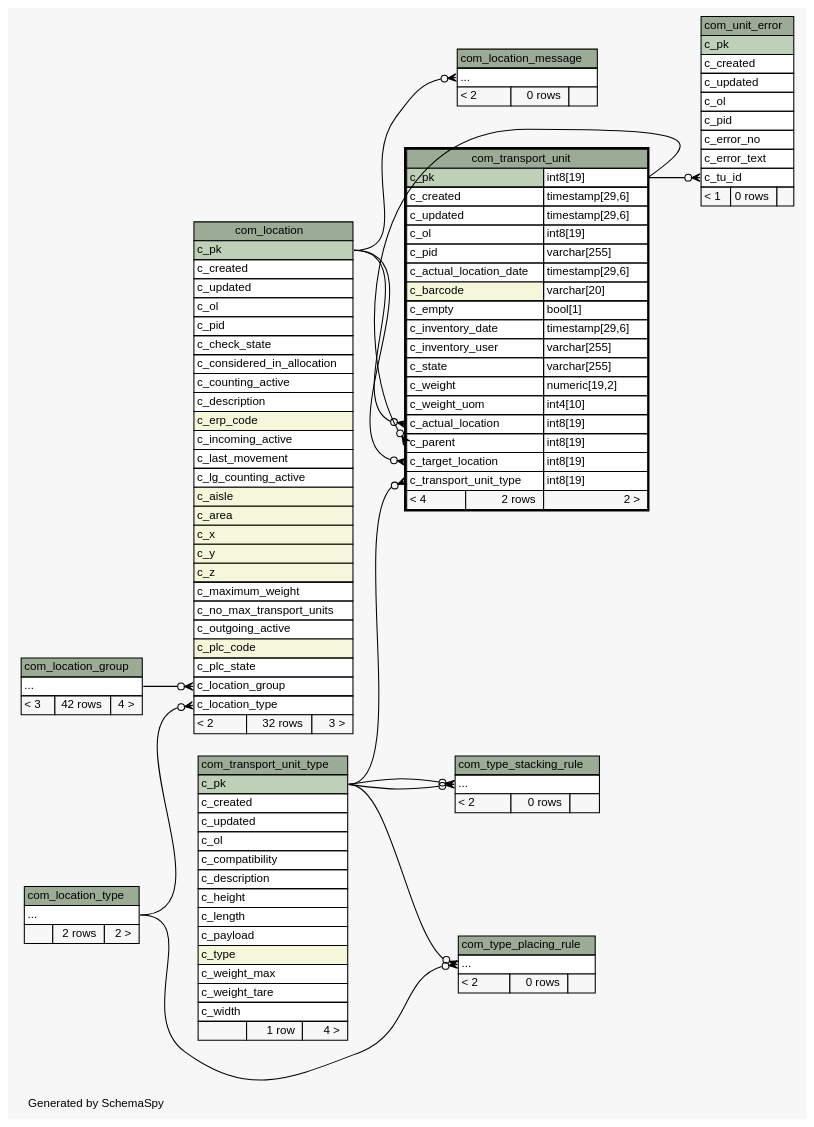
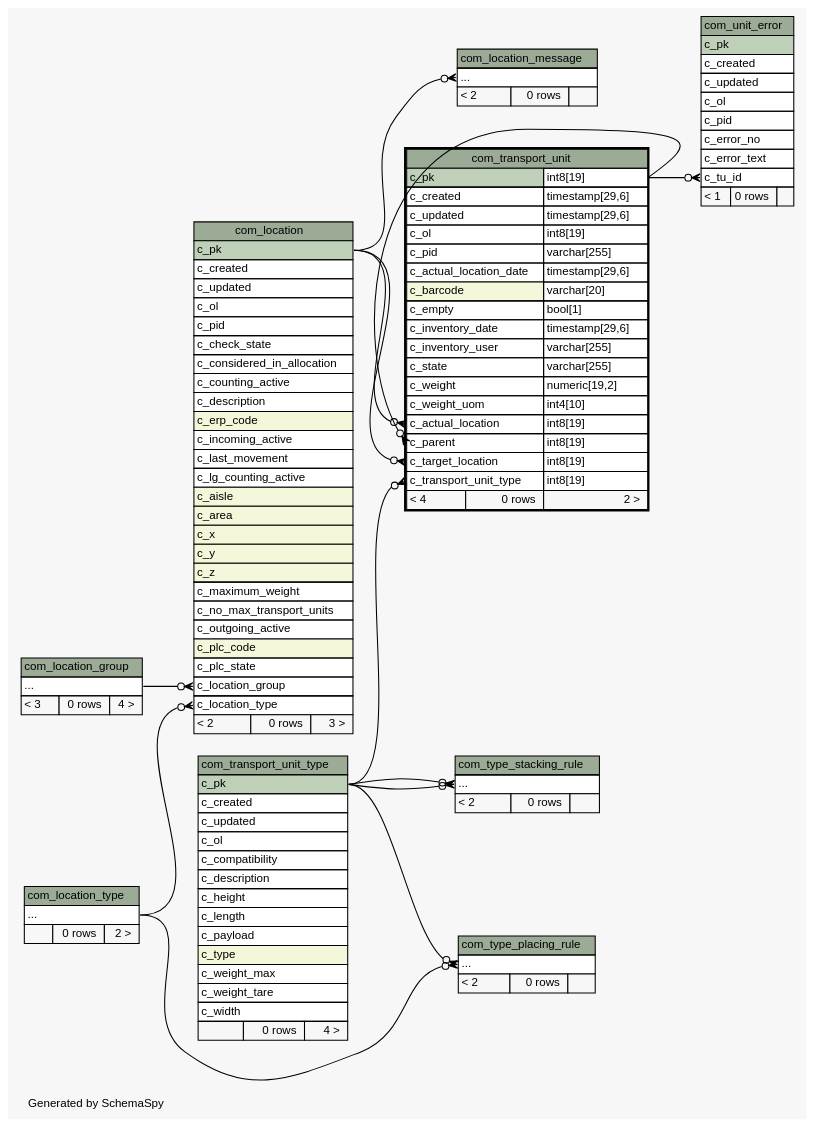
One commit to openwms/org.openwms.common.service.lib changed the diagram in schemaspy/diagrams/com_transport_unit.2degrees.dot. Above: the diagram before and after it, drawn with Graphviz. The commit also changed 537 other files, not shown here.

```diff
--- a/schemaspy/diagrams/com_transport_unit.2degrees.dot
+++ b/schemaspy/diagrams/com_transport_unit.2degrees.dot
@@ -1,183 +1,183 @@
-// dot 2.36.0 on Linux 4.4.0-101-generic
+// dot 2.38.0 on Linux 4.15.0-1037-gcp
 // SchemaSpy rev Unknown
 digraph "twoDegreesRelationshipsDiagram" {
   graph [
     rankdir="RL"
     bgcolor="#f7f7f7"
     label="\nGenerated by SchemaSpy"
     labeljust="l"
     nodesep="0.18"
     ranksep="0.46"
     fontname="Helvetica"
     fontsize="11"
   ];
   node [
     fontname="Helvetica"
     fontsize="11"
     shape="plaintext"
   ];
   edge [
     arrowsize="0.8"
   ];
   "com_location":"c_location_group":w -> "com_location_group":"elipses":e [arrowhead=none dir=back arrowtail=crowodot];
   "com_location":"c_location_type":w -> "com_location_type":"elipses":e [arrowhead=none dir=back arrowtail=crowodot];
   "com_location_message":"elipses":w -> "com_location":"c_pk":e [arrowhead=none dir=back arrowtail=crowodot];
   "com_transport_unit":"c_actual_location":w -> "com_location":"c_pk":e [arrowhead=none dir=back arrowtail=crowodot];
   "com_transport_unit":"c_parent":w -> "com_transport_unit":"c_pk.type":e [arrowhead=none dir=back arrowtail=crowodot];
   "com_transport_unit":"c_target_location":w -> "com_location":"c_pk":e [arrowhead=none dir=back arrowtail=crowodot];
   "com_transport_unit":"c_transport_unit_type":w -> "com_transport_unit_type":"c_pk":e [arrowhead=none dir=back arrowtail=crowodot];
   "com_type_placing_rule":"elipses":w -> "com_location_type":"elipses":e [arrowhead=none dir=back arrowtail=crowodot];
   "com_type_placing_rule":"elipses":w -> "com_transport_unit_type":"c_pk":e [arrowhead=none dir=back arrowtail=crowodot];
   "com_type_stacking_rule":"elipses":w -> "com_transport_unit_type":"c_pk":e [arrowhead=none dir=back arrowtail=crowodot];
   "com_type_stacking_rule":"elipses":w -> "com_transport_unit_type":"c_pk":e [arrowhead=none dir=back arrowtail=crowodot];
   "com_unit_error":"c_tu_id":w -> "com_transport_unit":"c_pk.type":e [arrowhead=none dir=back arrowtail=crowodot];
   "com_location" [
     label=<
     <TABLE BORDER="0" CELLBORDER="1" CELLSPACING="0" BGCOLOR="#ffffff">
       <TR><TD COLSPAN="3" BGCOLOR="#9bab96" ALIGN="CENTER">com_location</TD></TR>
       <TR><TD PORT="c_pk" COLSPAN="3" BGCOLOR="#bed1b8" ALIGN="LEFT">c_pk</TD></TR>
       <TR><TD PORT="c_created" COLSPAN="3" ALIGN="LEFT">c_created</TD></TR>
       <TR><TD PORT="c_updated" COLSPAN="3" ALIGN="LEFT">c_updated</TD></TR>
       <TR><TD PORT="c_ol" COLSPAN="3" ALIGN="LEFT">c_ol</TD></TR>
       <TR><TD PORT="c_pid" COLSPAN="3" ALIGN="LEFT">c_pid</TD></TR>
       <TR><TD PORT="c_check_state" COLSPAN="3" ALIGN="LEFT">c_check_state</TD></TR>
       <TR><TD PORT="c_considered_in_allocation" COLSPAN="3" ALIGN="LEFT">c_considered_in_allocation</TD></TR>
       <TR><TD PORT="c_counting_active" COLSPAN="3" ALIGN="LEFT">c_counting_active</TD></TR>
       <TR><TD PORT="c_description" COLSPAN="3" ALIGN="LEFT">c_description</TD></TR>
       <TR><TD PORT="c_erp_code" COLSPAN="3" BGCOLOR="#f4f7da" ALIGN="LEFT">c_erp_code</TD></TR>
       <TR><TD PORT="c_incoming_active" COLSPAN="3" ALIGN="LEFT">c_incoming_active</TD></TR>
       <TR><TD PORT="c_last_movement" COLSPAN="3" ALIGN="LEFT">c_last_movement</TD></TR>
       <TR><TD PORT="c_lg_counting_active" COLSPAN="3" ALIGN="LEFT">c_lg_counting_active</TD></TR>
       <TR><TD PORT="c_aisle" COLSPAN="3" BGCOLOR="#f4f7da" ALIGN="LEFT">c_aisle</TD></TR>
       <TR><TD PORT="c_area" COLSPAN="3" BGCOLOR="#f4f7da" ALIGN="LEFT">c_area</TD></TR>
       <TR><TD PORT="c_x" COLSPAN="3" BGCOLOR="#f4f7da" ALIGN="LEFT">c_x</TD></TR>
       <TR><TD PORT="c_y" COLSPAN="3" BGCOLOR="#f4f7da" ALIGN="LEFT">c_y</TD></TR>
       <TR><TD PORT="c_z" COLSPAN="3" BGCOLOR="#f4f7da" ALIGN="LEFT">c_z</TD></TR>
       <TR><TD PORT="c_maximum_weight" COLSPAN="3" ALIGN="LEFT">c_maximum_weight</TD></TR>
       <TR><TD PORT="c_no_max_transport_units" COLSPAN="3" ALIGN="LEFT">c_no_max_transport_units</TD></TR>
       <TR><TD PORT="c_outgoing_active" COLSPAN="3" ALIGN="LEFT">c_outgoing_active</TD></TR>
       <TR><TD PORT="c_plc_code" COLSPAN="3" BGCOLOR="#f4f7da" ALIGN="LEFT">c_plc_code</TD></TR>
       <TR><TD PORT="c_plc_state" COLSPAN="3" ALIGN="LEFT">c_plc_state</TD></TR>
       <TR><TD PORT="c_location_group" COLSPAN="3" ALIGN="LEFT">c_location_group</TD></TR>
       <TR><TD PORT="c_location_type" COLSPAN="3" ALIGN="LEFT">c_location_type</TD></TR>
-      <TR><TD ALIGN="LEFT" BGCOLOR="#f7f7f7">&lt; 2</TD><TD ALIGN="RIGHT" BGCOLOR="#f7f7f7">32 rows</TD><TD ALIGN="RIGHT" BGCOLOR="#f7f7f7">3 &gt;</TD></TR>
+      <TR><TD ALIGN="LEFT" BGCOLOR="#f7f7f7">&lt; 2</TD><TD ALIGN="RIGHT" BGCOLOR="#f7f7f7">0 rows</TD><TD ALIGN="RIGHT" BGCOLOR="#f7f7f7">3 &gt;</TD></TR>
     </TABLE>>
     URL="com_location.html"
     tooltip="com_location"
   ];
   "com_location_group" [
     label=<
     <TABLE BORDER="0" CELLBORDER="1" CELLSPACING="0" BGCOLOR="#ffffff">
       <TR><TD COLSPAN="3" BGCOLOR="#9bab96" ALIGN="CENTER">com_location_group</TD></TR>
       <TR><TD PORT="elipses" COLSPAN="3" ALIGN="LEFT">...</TD></TR>
-      <TR><TD ALIGN="LEFT" BGCOLOR="#f7f7f7">&lt; 3</TD><TD ALIGN="RIGHT" BGCOLOR="#f7f7f7">42 rows</TD><TD ALIGN="RIGHT" BGCOLOR="#f7f7f7">4 &gt;</TD></TR>
+      <TR><TD ALIGN="LEFT" BGCOLOR="#f7f7f7">&lt; 3</TD><TD ALIGN="RIGHT" BGCOLOR="#f7f7f7">0 rows</TD><TD ALIGN="RIGHT" BGCOLOR="#f7f7f7">4 &gt;</TD></TR>
     </TABLE>>
     URL="com_location_group.html"
     tooltip="com_location_group"
   ];
   "com_location_message" [
     label=<
     <TABLE BORDER="0" CELLBORDER="1" CELLSPACING="0" BGCOLOR="#ffffff">
       <TR><TD COLSPAN="3" BGCOLOR="#9bab96" ALIGN="CENTER">com_location_message</TD></TR>
       <TR><TD PORT="elipses" COLSPAN="3" ALIGN="LEFT">...</TD></TR>
       <TR><TD ALIGN="LEFT" BGCOLOR="#f7f7f7">&lt; 2</TD><TD ALIGN="RIGHT" BGCOLOR="#f7f7f7">0 rows</TD><TD ALIGN="RIGHT" BGCOLOR="#f7f7f7">  </TD></TR>
     </TABLE>>
     URL="com_location_message.html"
     tooltip="com_location_message"
   ];
   "com_location_type" [
     label=<
     <TABLE BORDER="0" CELLBORDER="1" CELLSPACING="0" BGCOLOR="#ffffff">
       <TR><TD COLSPAN="3" BGCOLOR="#9bab96" ALIGN="CENTER">com_location_type</TD></TR>
       <TR><TD PORT="elipses" COLSPAN="3" ALIGN="LEFT">...</TD></TR>
-      <TR><TD ALIGN="LEFT" BGCOLOR="#f7f7f7">  </TD><TD ALIGN="RIGHT" BGCOLOR="#f7f7f7">2 rows</TD><TD ALIGN="RIGHT" BGCOLOR="#f7f7f7">2 &gt;</TD></TR>
+      <TR><TD ALIGN="LEFT" BGCOLOR="#f7f7f7">  </TD><TD ALIGN="RIGHT" BGCOLOR="#f7f7f7">0 rows</TD><TD ALIGN="RIGHT" BGCOLOR="#f7f7f7">2 &gt;</TD></TR>
     </TABLE>>
     URL="com_location_type.html"
     tooltip="com_location_type"
   ];
   "com_transport_unit" [
     label=<
     <TABLE BORDER="2" CELLBORDER="1" CELLSPACING="0" BGCOLOR="#ffffff">
       <TR><TD COLSPAN="3" BGCOLOR="#9bab96" ALIGN="CENTER">com_transport_unit</TD></TR>
       <TR><TD PORT="c_pk" COLSPAN="2" BGCOLOR="#bed1b8" ALIGN="LEFT">c_pk</TD><TD PORT="c_pk.type" ALIGN="LEFT">int8[19]</TD></TR>
       <TR><TD PORT="c_created" COLSPAN="2" ALIGN="LEFT">c_created</TD><TD PORT="c_created.type" ALIGN="LEFT">timestamp[29,6]</TD></TR>
       <TR><TD PORT="c_updated" COLSPAN="2" ALIGN="LEFT">c_updated</TD><TD PORT="c_updated.type" ALIGN="LEFT">timestamp[29,6]</TD></TR>
       <TR><TD PORT="c_ol" COLSPAN="2" ALIGN="LEFT">c_ol</TD><TD PORT="c_ol.type" ALIGN="LEFT">int8[19]</TD></TR>
       <TR><TD PORT="c_pid" COLSPAN="2" ALIGN="LEFT">c_pid</TD><TD PORT="c_pid.type" ALIGN="LEFT">varchar[255]</TD></TR>
       <TR><TD PORT="c_actual_location_date" COLSPAN="2" ALIGN="LEFT">c_actual_location_date</TD><TD PORT="c_actual_location_date.type" ALIGN="LEFT">timestamp[29,6]</TD></TR>
       <TR><TD PORT="c_barcode" COLSPAN="2" BGCOLOR="#f4f7da" ALIGN="LEFT">c_barcode</TD><TD PORT="c_barcode.type" ALIGN="LEFT">varchar[20]</TD></TR>
       <TR><TD PORT="c_empty" COLSPAN="2" ALIGN="LEFT">c_empty</TD><TD PORT="c_empty.type" ALIGN="LEFT">bool[1]</TD></TR>
       <TR><TD PORT="c_inventory_date" COLSPAN="2" ALIGN="LEFT">c_inventory_date</TD><TD PORT="c_inventory_date.type" ALIGN="LEFT">timestamp[29,6]</TD></TR>
       <TR><TD PORT="c_inventory_user" COLSPAN="2" ALIGN="LEFT">c_inventory_user</TD><TD PORT="c_inventory_user.type" ALIGN="LEFT">varchar[255]</TD></TR>
       <TR><TD PORT="c_state" COLSPAN="2" ALIGN="LEFT">c_state</TD><TD PORT="c_state.type" ALIGN="LEFT">varchar[255]</TD></TR>
       <TR><TD PORT="c_weight" COLSPAN="2" ALIGN="LEFT">c_weight</TD><TD PORT="c_weight.type" ALIGN="LEFT">numeric[19,2]</TD></TR>
       <TR><TD PORT="c_weight_uom" COLSPAN="2" ALIGN="LEFT">c_weight_uom</TD><TD PORT="c_weight_uom.type" ALIGN="LEFT">int4[10]</TD></TR>
       <TR><TD PORT="c_actual_location" COLSPAN="2" ALIGN="LEFT">c_actual_location</TD><TD PORT="c_actual_location.type" ALIGN="LEFT">int8[19]</TD></TR>
       <TR><TD PORT="c_parent" COLSPAN="2" ALIGN="LEFT">c_parent</TD><TD PORT="c_parent.type" ALIGN="LEFT">int8[19]</TD></TR>
       <TR><TD PORT="c_target_location" COLSPAN="2" ALIGN="LEFT">c_target_location</TD><TD PORT="c_target_location.type" ALIGN="LEFT">int8[19]</TD></TR>
       <TR><TD PORT="c_transport_unit_type" COLSPAN="2" ALIGN="LEFT">c_transport_unit_type</TD><TD PORT="c_transport_unit_type.type" ALIGN="LEFT">int8[19]</TD></TR>
-      <TR><TD ALIGN="LEFT" BGCOLOR="#f7f7f7">&lt; 4</TD><TD ALIGN="RIGHT" BGCOLOR="#f7f7f7">2 rows</TD><TD ALIGN="RIGHT" BGCOLOR="#f7f7f7">2 &gt;</TD></TR>
+      <TR><TD ALIGN="LEFT" BGCOLOR="#f7f7f7">&lt; 4</TD><TD ALIGN="RIGHT" BGCOLOR="#f7f7f7">0 rows</TD><TD ALIGN="RIGHT" BGCOLOR="#f7f7f7">2 &gt;</TD></TR>
     </TABLE>>
     URL="com_transport_unit.html"
     tooltip="com_transport_unit"
   ];
   "com_transport_unit_type" [
     label=<
     <TABLE BORDER="0" CELLBORDER="1" CELLSPACING="0" BGCOLOR="#ffffff">
       <TR><TD COLSPAN="3" BGCOLOR="#9bab96" ALIGN="CENTER">com_transport_unit_type</TD></TR>
       <TR><TD PORT="c_pk" COLSPAN="3" BGCOLOR="#bed1b8" ALIGN="LEFT">c_pk</TD></TR>
       <TR><TD PORT="c_created" COLSPAN="3" ALIGN="LEFT">c_created</TD></TR>
       <TR><TD PORT="c_updated" COLSPAN="3" ALIGN="LEFT">c_updated</TD></TR>
       <TR><TD PORT="c_ol" COLSPAN="3" ALIGN="LEFT">c_ol</TD></TR>
       <TR><TD PORT="c_compatibility" COLSPAN="3" ALIGN="LEFT">c_compatibility</TD></TR>
       <TR><TD PORT="c_description" COLSPAN="3" ALIGN="LEFT">c_description</TD></TR>
       <TR><TD PORT="c_height" COLSPAN="3" ALIGN="LEFT">c_height</TD></TR>
       <TR><TD PORT="c_length" COLSPAN="3" ALIGN="LEFT">c_length</TD></TR>
       <TR><TD PORT="c_payload" COLSPAN="3" ALIGN="LEFT">c_payload</TD></TR>
       <TR><TD PORT="c_type" COLSPAN="3" BGCOLOR="#f4f7da" ALIGN="LEFT">c_type</TD></TR>
       <TR><TD PORT="c_weight_max" COLSPAN="3" ALIGN="LEFT">c_weight_max</TD></TR>
       <TR><TD PORT="c_weight_tare" COLSPAN="3" ALIGN="LEFT">c_weight_tare</TD></TR>
       <TR><TD PORT="c_width" COLSPAN="3" ALIGN="LEFT">c_width</TD></TR>
-      <TR><TD ALIGN="LEFT" BGCOLOR="#f7f7f7">  </TD><TD ALIGN="RIGHT" BGCOLOR="#f7f7f7">1 row</TD><TD ALIGN="RIGHT" BGCOLOR="#f7f7f7">4 &gt;</TD></TR>
+      <TR><TD ALIGN="LEFT" BGCOLOR="#f7f7f7">  </TD><TD ALIGN="RIGHT" BGCOLOR="#f7f7f7">0 rows</TD><TD ALIGN="RIGHT" BGCOLOR="#f7f7f7">4 &gt;</TD></TR>
     </TABLE>>
     URL="com_transport_unit_type.html"
     tooltip="com_transport_unit_type"
   ];
   "com_type_placing_rule" [
     label=<
     <TABLE BORDER="0" CELLBORDER="1" CELLSPACING="0" BGCOLOR="#ffffff">
       <TR><TD COLSPAN="3" BGCOLOR="#9bab96" ALIGN="CENTER">com_type_placing_rule</TD></TR>
       <TR><TD PORT="elipses" COLSPAN="3" ALIGN="LEFT">...</TD></TR>
       <TR><TD ALIGN="LEFT" BGCOLOR="#f7f7f7">&lt; 2</TD><TD ALIGN="RIGHT" BGCOLOR="#f7f7f7">0 rows</TD><TD ALIGN="RIGHT" BGCOLOR="#f7f7f7">  </TD></TR>
     </TABLE>>
     URL="com_type_placing_rule.html"
     tooltip="com_type_placing_rule"
   ];
   "com_type_stacking_rule" [
     label=<
     <TABLE BORDER="0" CELLBORDER="1" CELLSPACING="0" BGCOLOR="#ffffff">
       <TR><TD COLSPAN="3" BGCOLOR="#9bab96" ALIGN="CENTER">com_type_stacking_rule</TD></TR>
       <TR><TD PORT="elipses" COLSPAN="3" ALIGN="LEFT">...</TD></TR>
       <TR><TD ALIGN="LEFT" BGCOLOR="#f7f7f7">&lt; 2</TD><TD ALIGN="RIGHT" BGCOLOR="#f7f7f7">0 rows</TD><TD ALIGN="RIGHT" BGCOLOR="#f7f7f7">  </TD></TR>
     </TABLE>>
     URL="com_type_stacking_rule.html"
     tooltip="com_type_stacking_rule"
   ];
   "com_unit_error" [
     label=<
     <TABLE BORDER="0" CELLBORDER="1" CELLSPACING="0" BGCOLOR="#ffffff">
       <TR><TD COLSPAN="3" BGCOLOR="#9bab96" ALIGN="CENTER">com_unit_error</TD></TR>
       <TR><TD PORT="c_pk" COLSPAN="3" BGCOLOR="#bed1b8" ALIGN="LEFT">c_pk</TD></TR>
       <TR><TD PORT="c_created" COLSPAN="3" ALIGN="LEFT">c_created</TD></TR>
       <TR><TD PORT="c_updated" COLSPAN="3" ALIGN="LEFT">c_updated</TD></TR>
       <TR><TD PORT="c_ol" COLSPAN="3" ALIGN="LEFT">c_ol</TD></TR>
       <TR><TD PORT="c_pid" COLSPAN="3" ALIGN="LEFT">c_pid</TD></TR>
       <TR><TD PORT="c_error_no" COLSPAN="3" ALIGN="LEFT">c_error_no</TD></TR>
       <TR><TD PORT="c_error_text" COLSPAN="3" ALIGN="LEFT">c_error_text</TD></TR>
       <TR><TD PORT="c_tu_id" COLSPAN="3" ALIGN="LEFT">c_tu_id</TD></TR>
       <TR><TD ALIGN="LEFT" BGCOLOR="#f7f7f7">&lt; 1</TD><TD ALIGN="RIGHT" BGCOLOR="#f7f7f7">0 rows</TD><TD ALIGN="RIGHT" BGCOLOR="#f7f7f7">  </TD></TR>
     </TABLE>>
     URL="com_unit_error.html"
     tooltip="com_unit_error"
   ];
 }
```
